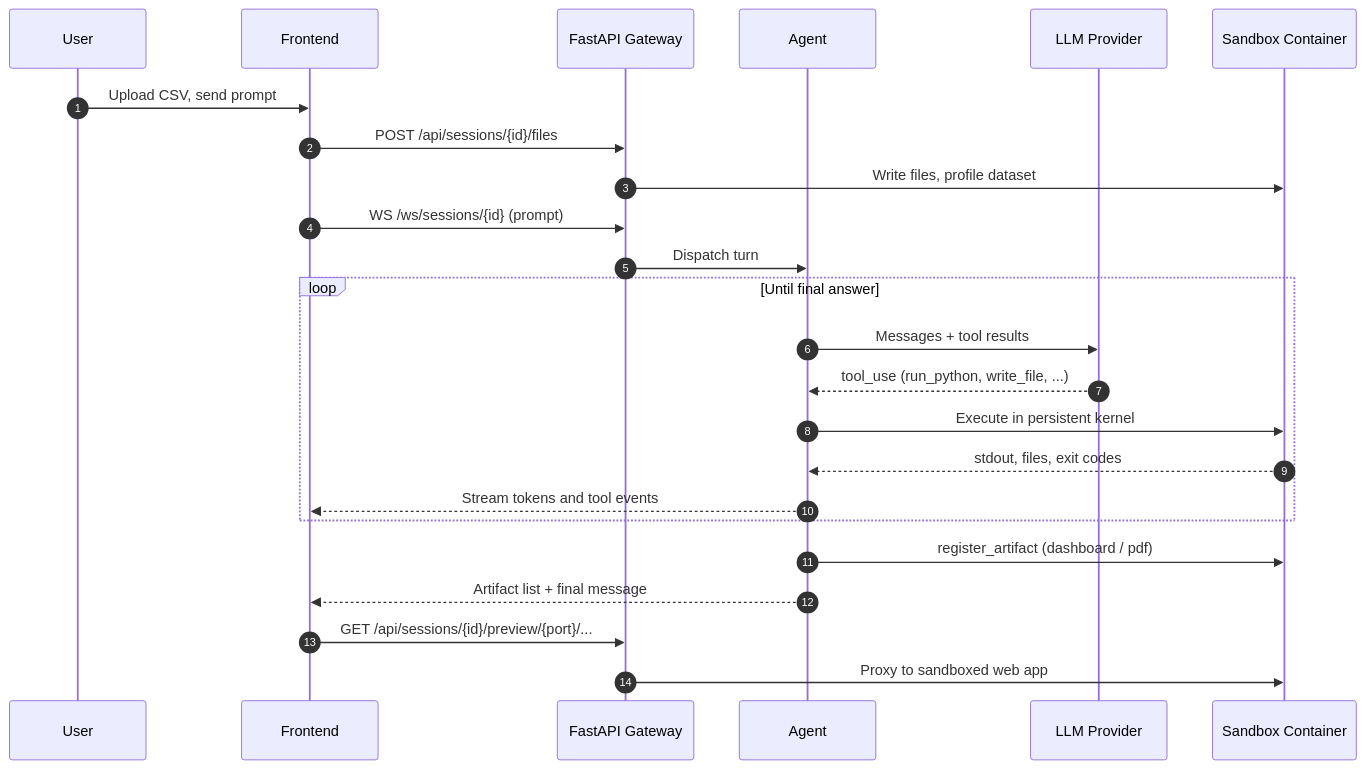
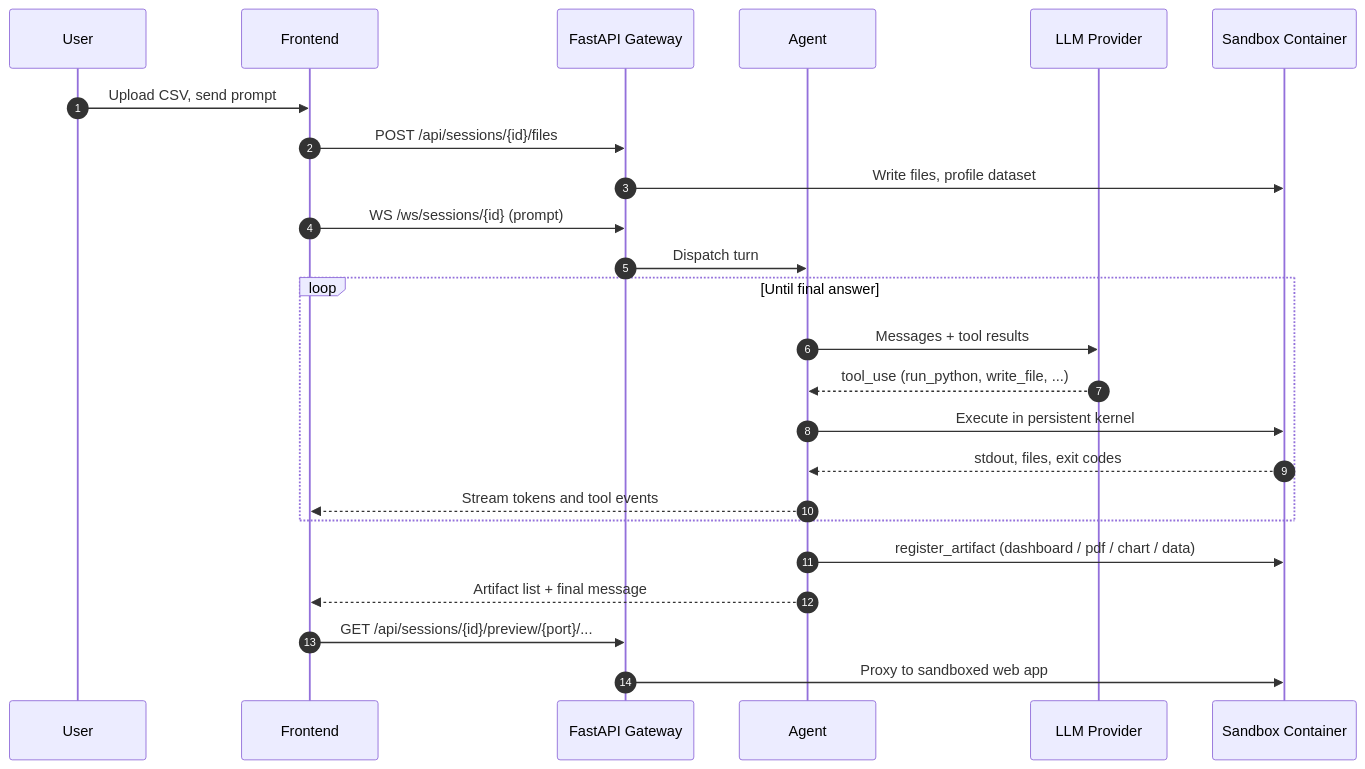
The second of 2 diagrams in README.md (buenr/dataCopilot), drawn with Mermaid before and after one commit. The commit also changed other lines of this file and 11 other files, not shown here.

````diff
--- a/README.md
+++ b/README.md
@@ -66,27 +67,27 @@
 ```mermaid
 sequenceDiagram
     autonumber
     participant U as User
     participant F as Frontend
     participant G as FastAPI Gateway
     participant A as Agent
     participant L as LLM Provider
     participant S as Sandbox Container
 
     U->>F: Upload CSV, send prompt
     F->>G: POST /api/sessions/{id}/files
     G->>S: Write files, profile dataset
     F->>G: WS /ws/sessions/{id} (prompt)
     G->>A: Dispatch turn
     loop Until final answer
         A->>L: Messages + tool results
         L-->>A: tool_use (run_python, write_file, ...)
         A->>S: Execute in persistent kernel
         S-->>A: stdout, files, exit codes
         A-->>F: Stream tokens and tool events
     end
-    A->>S: register_artifact (dashboard / pdf)
+    A->>S: register_artifact (dashboard / pdf / chart / data)
     A-->>F: Artifact list + final message
     F->>G: GET /api/sessions/{id}/preview/{port}/...
     G->>S: Proxy to sandboxed web app
 ```
````
